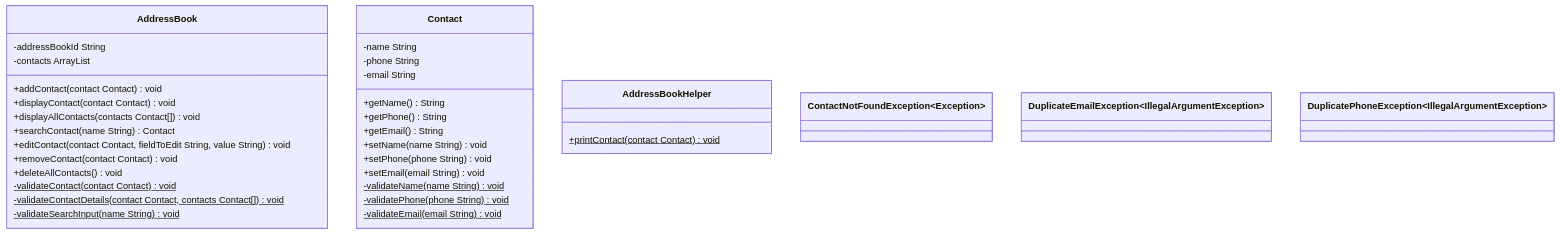
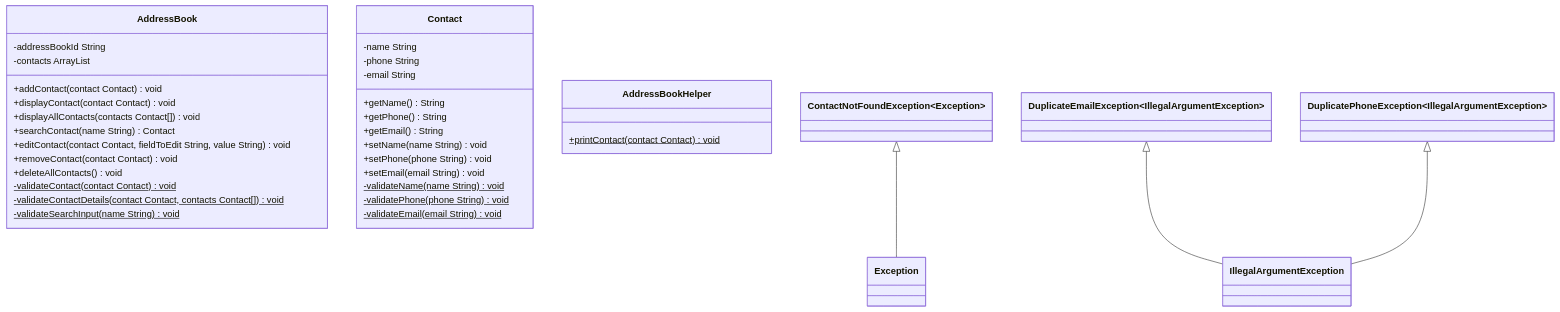
Before and after one commit to lokszechung/digital-futures-address-book-challenge: the diagram in docs/domain-models-test-plan.md, drawn with Mermaid. The commit also changed other lines of this file and 15 other files, not shown here.

````diff
--- a/docs/domain-models-test-plan.md
+++ b/docs/domain-models-test-plan.md
@@ -77,43 +68,52 @@
 ```mermaid
 classDiagram
     class AddressBook {
         -addressBookId String
         -contacts ArrayList<Contact>
         +addContact(contact Contact) void
         +displayContact(contact Contact) void
         +displayAllContacts(contacts Contact[]) void
         +searchContact(name String) Contact
         +editContact(contact Contact, fieldToEdit String, value String) void
         +removeContact(contact Contact) void
         +deleteAllContacts() void
         -validateContact(contact Contact)$ void
         -validateContactDetails(contact Contact, contacts Contact[])$ void
         -validateSearchInput(name String)$ void
     }
     class Contact {
         -name String
         -phone String
         -email String
         +getName() String
         +getPhone() String
         +getEmail() String
         +setName(name String) void
         +setPhone(phone String) void
         +setEmail(email String) void
         -validateName(name String)$ void
         -validatePhone(phone String)$ void
         -validateEmail(email String)$ void
     }
     class AddressBookHelper {
         +printContact(contact Contact)$ void
     }
     class ContactNotFoundException~Exception~ {
         
     }
    class DuplicateEmailException~IllegalArgumentException~ {
 
    }
    class DuplicatePhoneException~IllegalArgumentException~ {
 
    }
+   class IllegalArgumentException {
+       
+   }
+   class Exception {
+       
+   }
+   DuplicateEmailException <|-- IllegalArgumentException
+   DuplicatePhoneException <|-- IllegalArgumentException
+   ContactNotFoundException <|-- Exception
 ```
````
